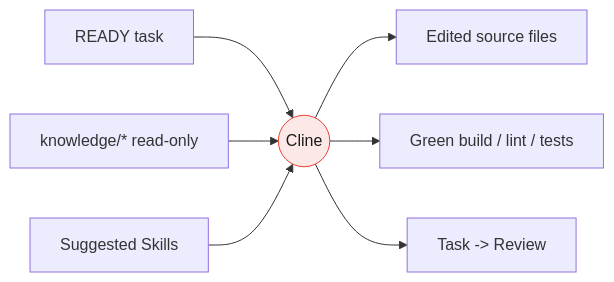
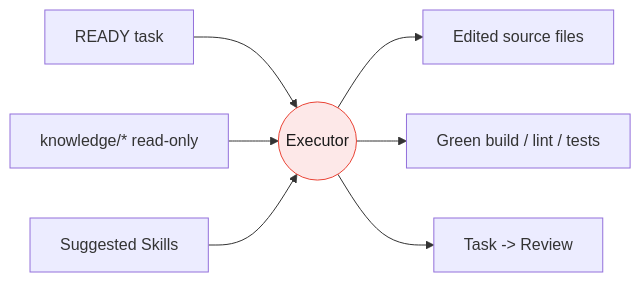
One commit to Vtquan123/strix changed the diagram in reference/workflow/runtimes/execution-runtime.md. Above: the diagram before and after it, drawn with Mermaid. The commit also changed other lines of this file and 95 other files, not shown here.

````diff
--- a/reference/workflow/runtimes/execution-runtime.md
+++ b/reference/workflow/runtimes/execution-runtime.md
@@ -41,11 +41,11 @@
 ```mermaid
 flowchart LR
-    IN1[READY task] --> N((Cline))
+    IN1[READY task] --> N((Executor))
     IN2[knowledge/* read-only] --> N
     IN3[Suggested Skills] --> N
     N --> OUT1[Edited source files]
     N --> OUT2[Green build / lint / tests]
     N --> OUT3[Task -> Review]
     classDef exec fill:#fde8e8,stroke:#ea4335,color:#1a1a1a;
     class N exec;
 ```
````
